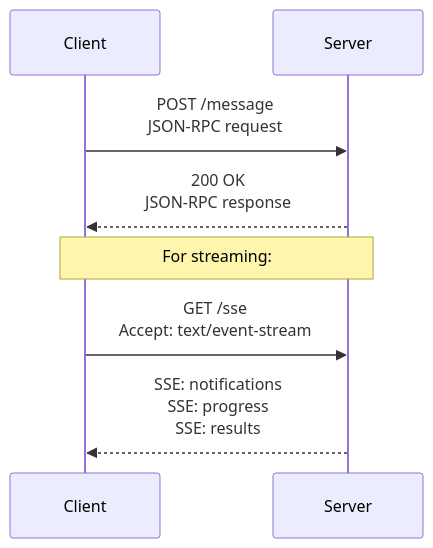
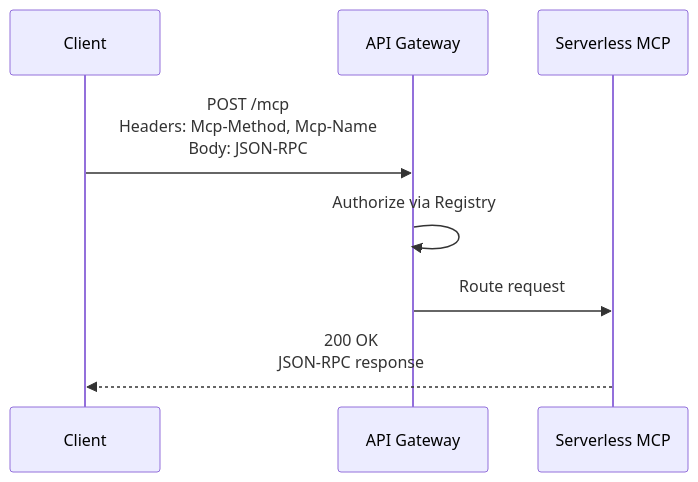
One commit to imagarg01/LearningStuff changed the third of 5 diagrams in docs/AI/MCP/03_transports.md. Above: the diagram before and after it, drawn with Mermaid. The commit also changed other lines of this file and 26 other files, not shown here.

````diff
--- a/docs/AI/MCP/03_transports.md
+++ b/docs/AI/MCP/03_transports.md
@@ -89,13 +100,11 @@
 ```mermaid
 sequenceDiagram
     participant Client
-    participant Server
+    participant Gateway as API Gateway
+    participant Server as Serverless MCP
     
-    Client->>Server: POST /message<br/>JSON-RPC request
+    Client->>Gateway: POST /mcp<br/>Headers: Mcp-Method, Mcp-Name<br/>Body: JSON-RPC
+    Gateway->>Gateway: Authorize via Registry
+    Gateway->>Server: Route request
     Server-->>Client: 200 OK<br/>JSON-RPC response
-    
-    Note over Client,Server: For streaming:
-    
-    Client->>Server: GET /sse<br/>Accept: text/event-stream
-    Server-->>Client: SSE: notifications<br/>SSE: progress<br/>SSE: results
 ```
````
